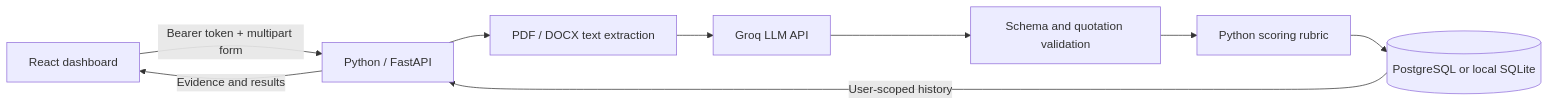
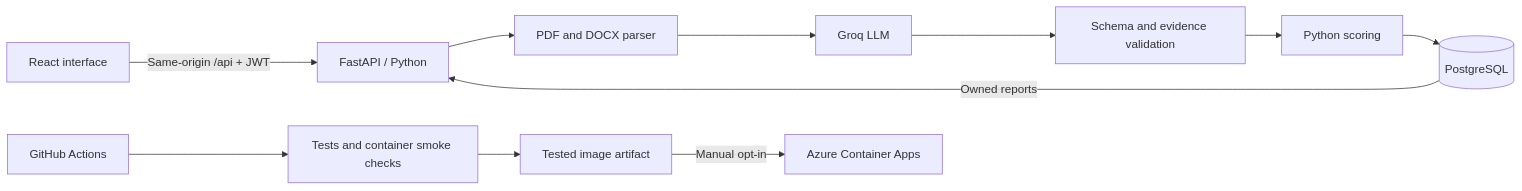
Before and after one commit to ShambhaviSingh16/CareerLens-AI-Powered-Job-Resume-Intelligence-Platform: the diagram in README.md, drawn with Mermaid. The commit also changed other lines of this file and 59 other files, not shown here.

````diff
--- a/README.md
+++ b/README.md
@@ -22,11 +64,13 @@
 ```mermaid
 flowchart LR
-    A[React dashboard] -->|Bearer token + multipart form| B[Python / FastAPI]
-    B --> C[PDF / DOCX text extraction]
-    C --> D[Groq LLM API]
-    D --> E[Schema and quotation validation]
-    E --> F[Python scoring rubric]
-    F --> G[(PostgreSQL or local SQLite)]
-    G -->|User-scoped history| B
-    B -->|Evidence and results| A
+  U[React interface] -->|Same-origin /api + JWT| A[FastAPI / Python]
+  A --> P[PDF and DOCX parser]
+  P --> L[Groq LLM]
+  L --> V[Schema and evidence validation]
+  V --> S[Python scoring]
+  S --> D[(PostgreSQL)]
+  D -->|Owned reports| A
+  G[GitHub Actions] --> T[Tests and container smoke checks]
+  T --> I[Tested image artifact]
+  I -->|Manual opt-in| C[Azure Container Apps]
 ```
````
